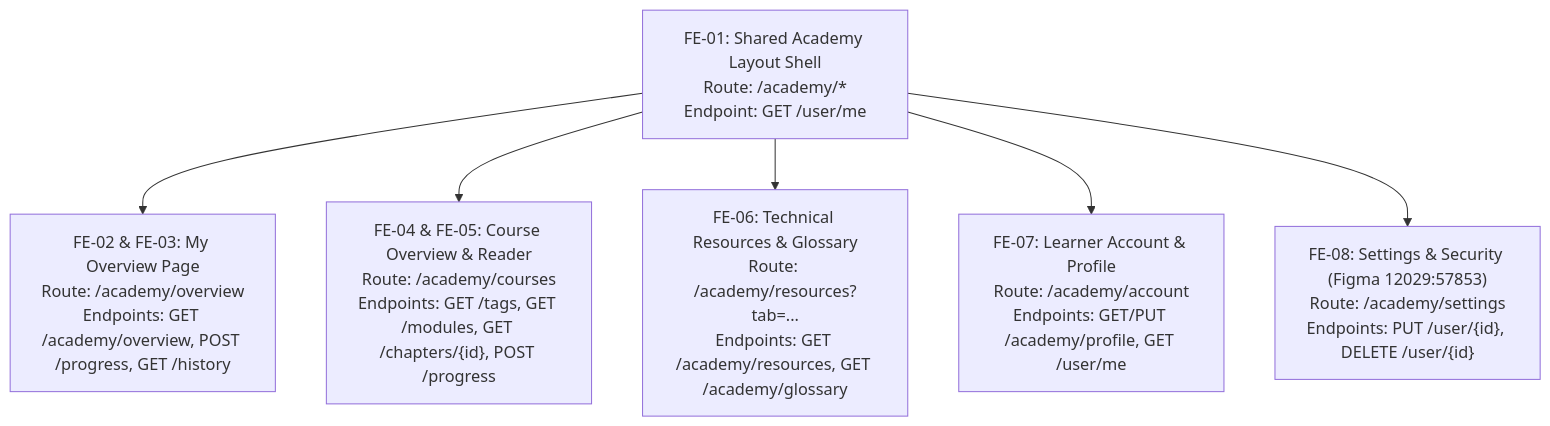
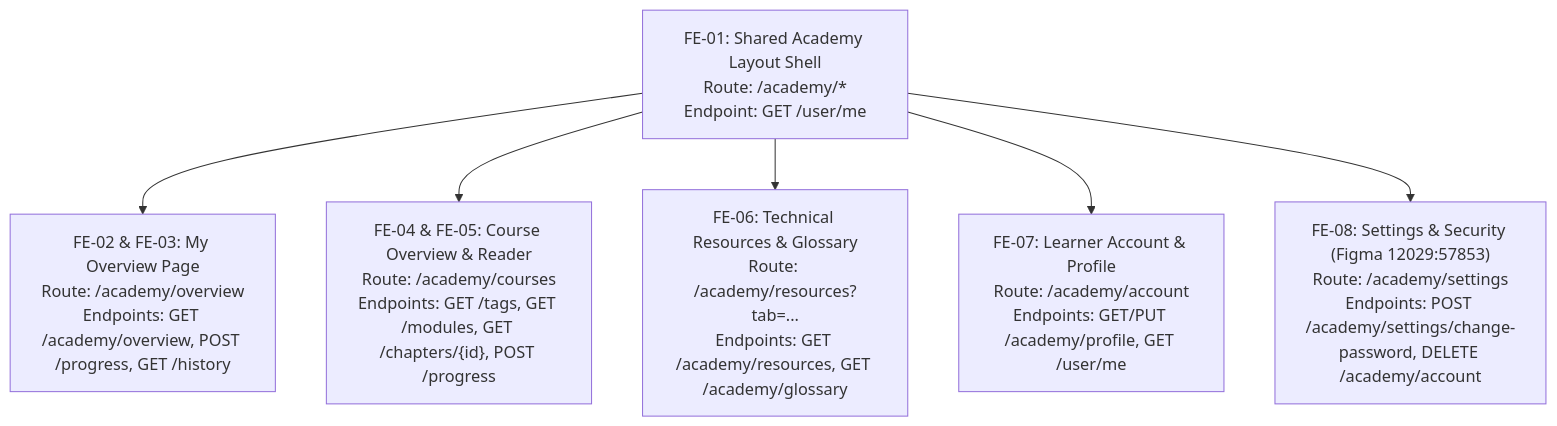
Before and after one commit to akvo/IDH-IDC: the diagram in docs/features/LIVING_INCOME_ACADEMY_FRONTEND_ESTIMATION.md, drawn with Mermaid. The commit also changed other lines of this file and 7 other files, not shown here.

Commit message:
[#855] feat(academy): add change-password and self-service account deletion endpoints

````diff
--- a/docs/features/LIVING_INCOME_ACADEMY_FRONTEND_ESTIMATION.md
+++ b/docs/features/LIVING_INCOME_ACADEMY_FRONTEND_ESTIMATION.md
@@ -48,9 +48,9 @@
 ```mermaid
 flowchart TD
     Shell["FE-01: Shared Academy Layout Shell\nRoute: /academy/*\nEndpoint: GET /user/me"]
     Shell --> Overview["FE-02 & FE-03: My Overview Page\nRoute: /academy/overview\nEndpoints: GET /academy/overview, POST /progress, GET /history"]
     Shell --> Courses["FE-04 & FE-05: Course Overview & Reader\nRoute: /academy/courses\nEndpoints: GET /tags, GET /modules, GET /chapters/{id}, POST /progress"]
     Shell --> Resources["FE-06: Technical Resources & Glossary\nRoute: /academy/resources?tab=...\nEndpoints: GET /academy/resources, GET /academy/glossary"]
     Shell --> Account["FE-07: Learner Account & Profile\nRoute: /academy/account\nEndpoints: GET/PUT /academy/profile, GET /user/me"]
-    Shell --> Settings["FE-08: Settings & Security (Figma 12029:57853)\nRoute: /academy/settings\nEndpoints: PUT /user/{id}, DELETE /user/{id}"]
+    Shell --> Settings["FE-08: Settings & Security (Figma 12029:57853)\nRoute: /academy/settings\nEndpoints: POST /academy/settings/change-password, DELETE /academy/account"]
 ```
````
